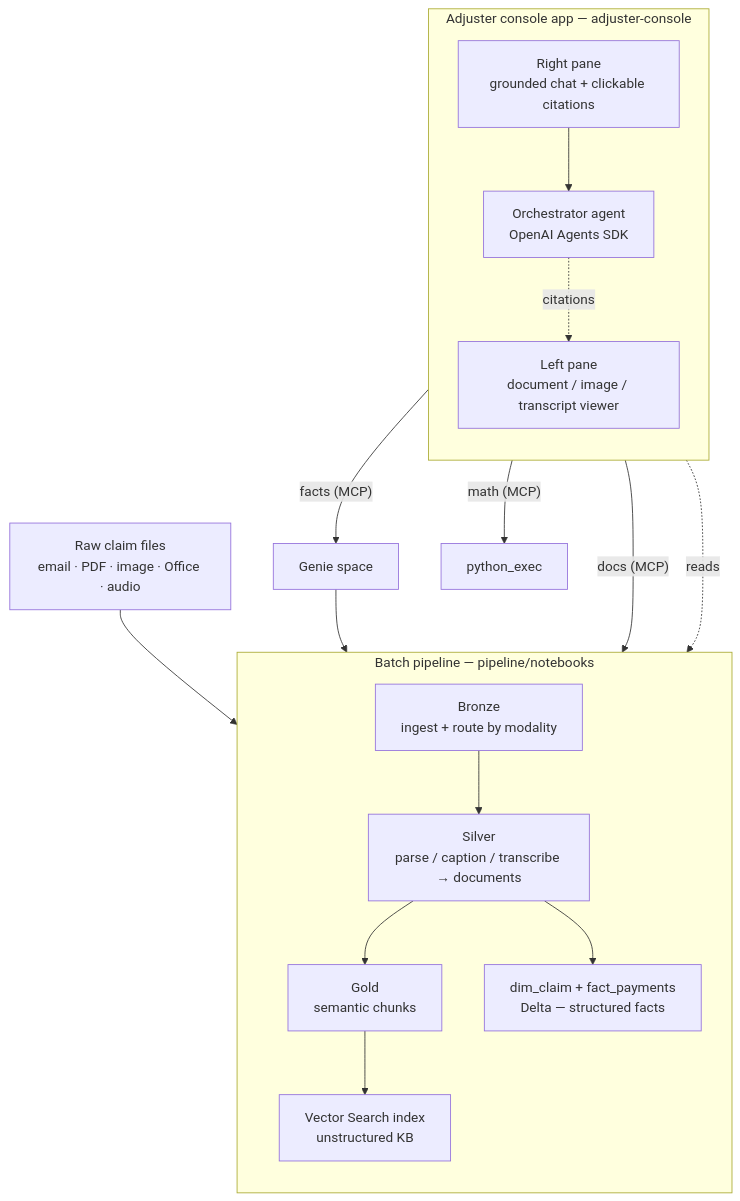
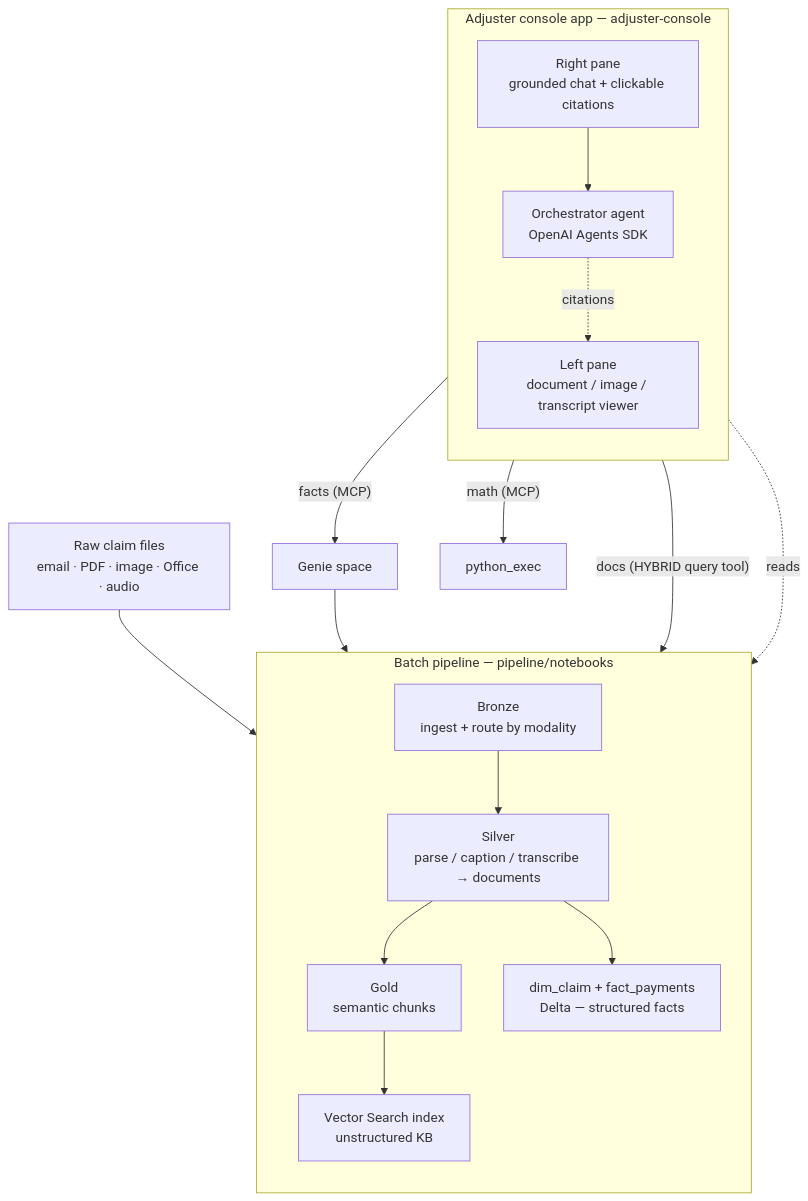
The diagram in README.md (qian-yu-db/insurance-claim-knowledge-base), drawn with Mermaid before and after one commit. The commit also changed other lines of this file and 3 other files, not shown here.

First line of the commit message:
v1: query AI Search with HYBRID + claim_id filter instead of the VS MCP server

````diff
--- a/README.md
+++ b/README.md
@@ -23,32 +23,32 @@
 ```mermaid
 flowchart TB
     RAW["Raw claim files<br/>email · PDF · image · Office · audio"]
 
     subgraph PIPE["Batch pipeline — pipeline/notebooks"]
         direction TB
         BRONZE["Bronze<br/>ingest + route by modality"]
         SILVER["Silver<br/>parse / caption / transcribe → documents"]
         GOLD["Gold<br/>semantic chunks"]
         VS["Vector Search index<br/>unstructured KB"]
         FACTS["dim_claim + fact_payments<br/>Delta — structured facts"]
         BRONZE --> SILVER
         SILVER --> GOLD --> VS
         SILVER --> FACTS
     end
 
     subgraph APP["Adjuster console app — adjuster-console"]
         direction TB
         CHAT["Right pane<br/>grounded chat + clickable citations"]
         ORCH["Orchestrator agent<br/>OpenAI Agents SDK"]
         VIEW["Left pane<br/>document / image / transcript viewer"]
         CHAT --> ORCH
         ORCH -. citations .-> VIEW
     end
 
     RAW --> BRONZE
-    ORCH -->|"docs (MCP)"| VS
+    ORCH -->|"docs (HYBRID query tool)"| VS
     ORCH -->|"facts (MCP)"| GENIE["Genie space"]
     GENIE --> FACTS
     ORCH -->|"math (MCP)"| PY["python_exec"]
     VIEW -. reads .-> SILVER
 ```
````
